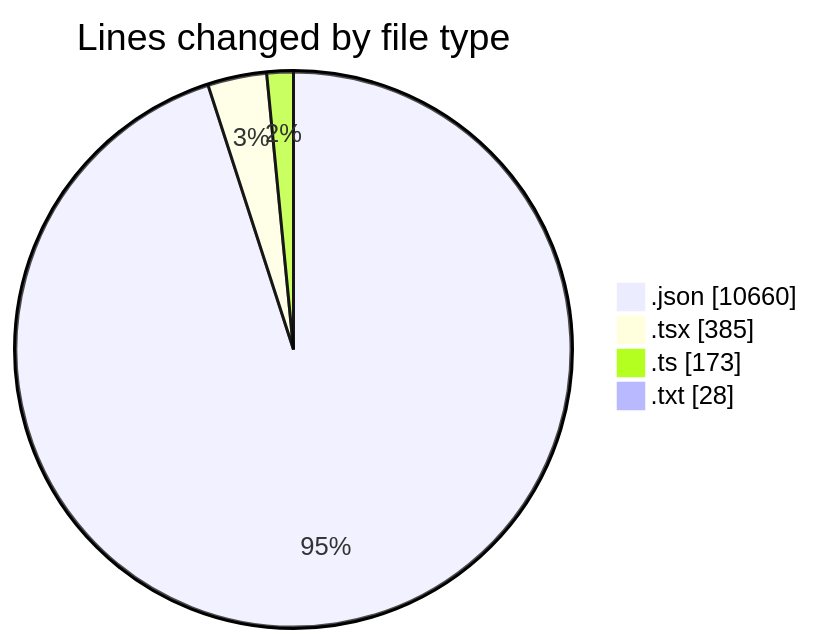
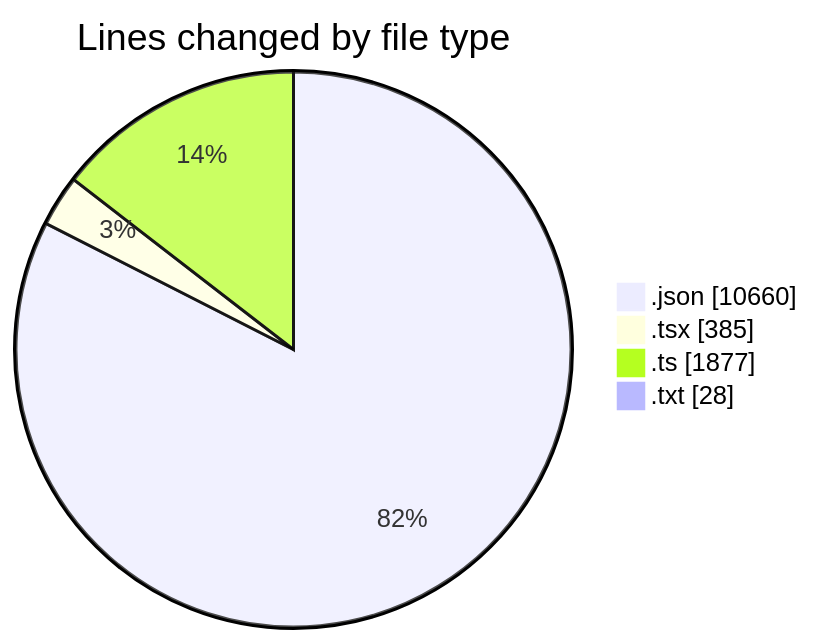
One commit to CELIANVF/code-tracking changed the first of 2 diagrams in 2025-05-26/ecodeli-1/README.md. Above: the diagram before and after it, drawn with Mermaid. The commit also changed other lines of this file and 1 other file, not shown here.

````diff
--- a/2025-05-26/ecodeli-1/README.md
+++ b/2025-05-26/ecodeli-1/README.md
@@ -25,8 +26,8 @@
 ```mermaid
 pie showData
 title Lines changed by file type
 ".json" : 10660
 ".tsx" : 385
-".ts" : 173
+".ts" : 1877
 ".txt" : 28
 ```
````
